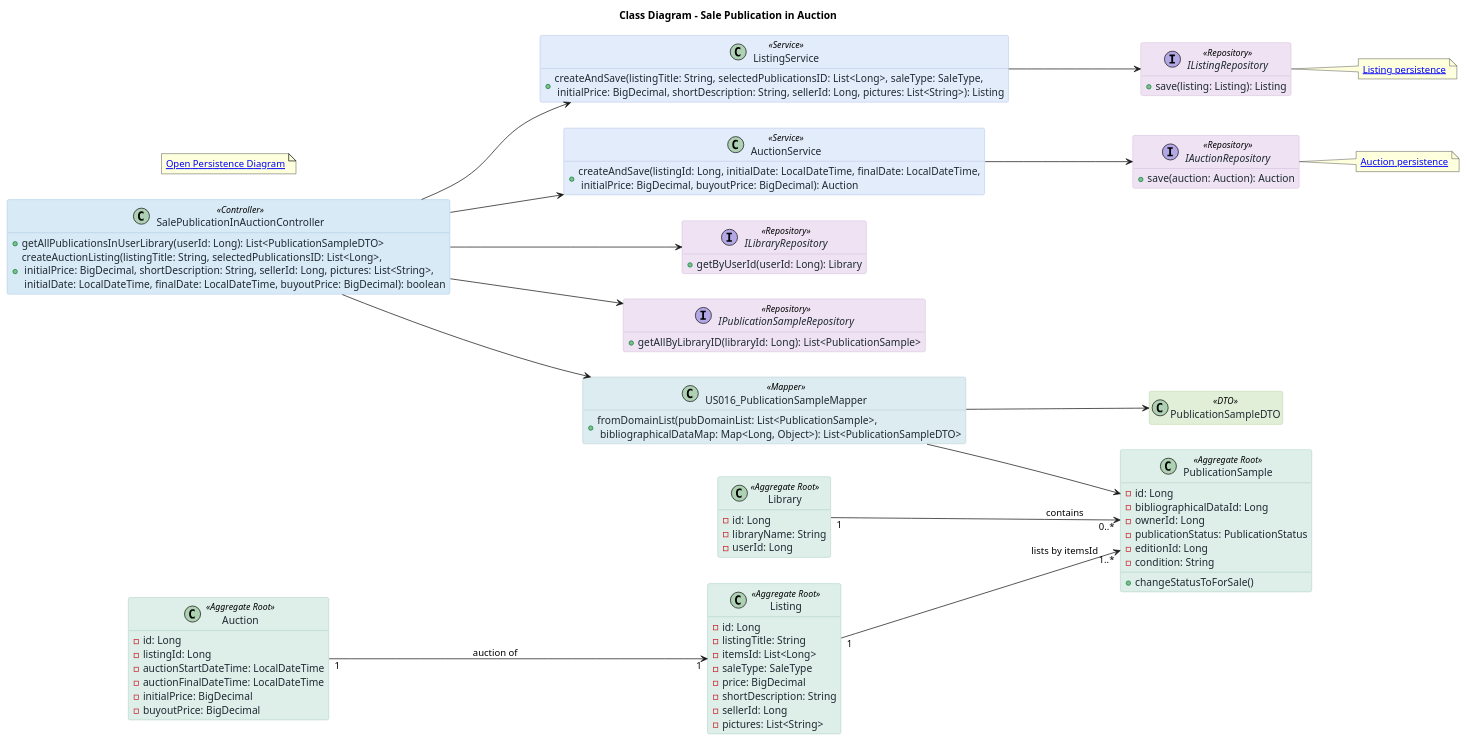
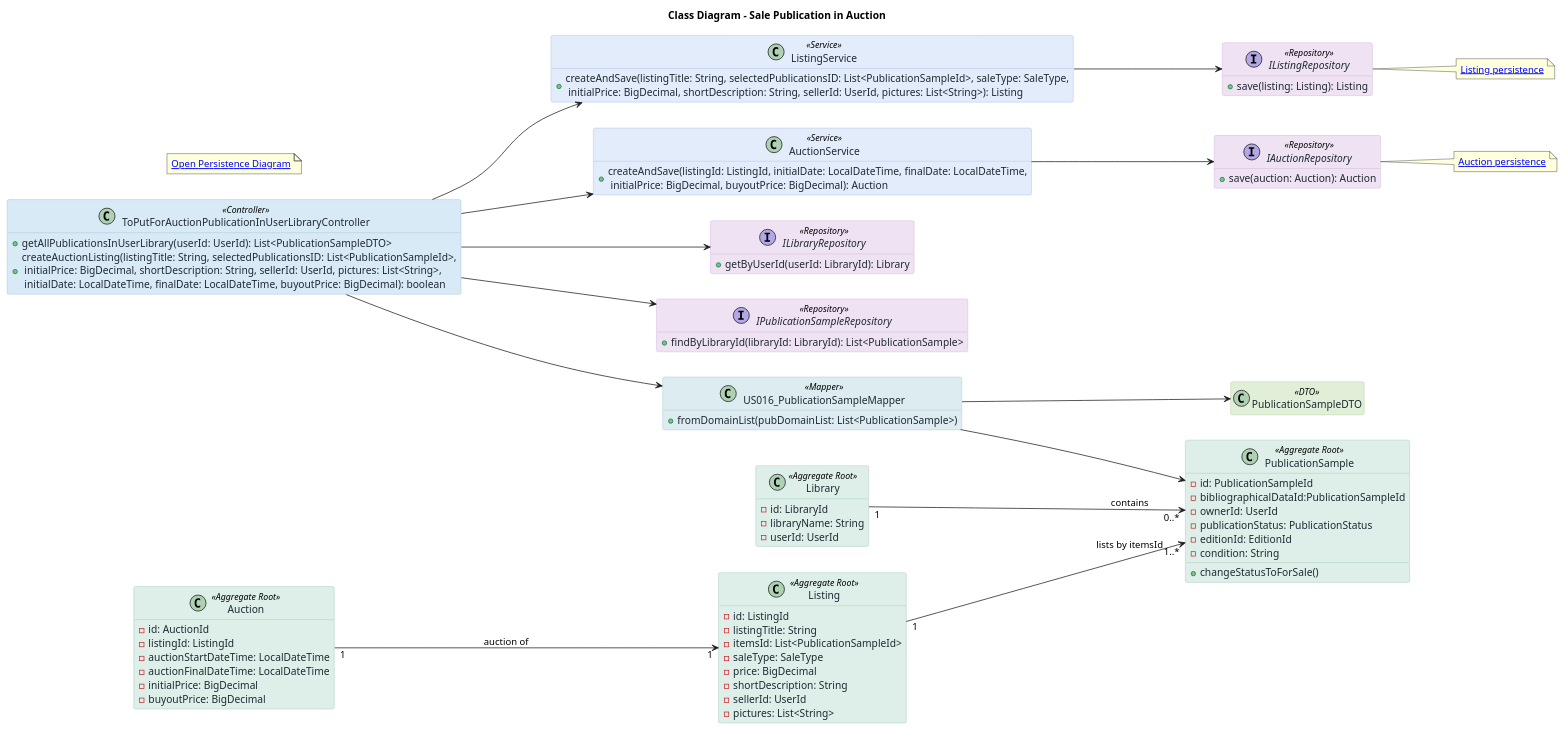
One commit to AndrePereiraGitH/SWitCH-Project-Team_A changed the diagram in Diagrams/ClassDiagrams/To-put-for-auction-publication-in-user-library/Main-Application-Domain.puml. Above: the diagram before and after it, drawn with PlantUML. The commit also changed 3 other files, not shown here.

```diff
--- a/Diagrams/ClassDiagrams/To-put-for-auction-publication-in-user-library/Main-Application-Domain.puml
+++ b/Diagrams/ClassDiagrams/To-put-for-auction-publication-in-user-library/Main-Application-Domain.puml
@@ -1,169 +1,169 @@
 @startuml
 title Class Diagram - Sale Publication in Auction
 
 left to right direction
 skinparam classAttributeIconSize 10
 hide empty members
 
 skinparam class {
   BackgroundColor<<Controller>> #D9EAF7
   BorderColor<<Controller>> #8FB6D6
   FontColor<<Controller>> #1F2933
   AttributeFontColor<<Controller>> #1F2933
   MethodFontColor<<Controller>> #1F2933
 
   BackgroundColor<<Service>> #E3ECFA
   BorderColor<<Service>> #9DB5DD
   FontColor<<Service>> #1F2933
   AttributeFontColor<<Service>> #1F2933
   MethodFontColor<<Service>> #1F2933
 
   BackgroundColor<<Aggregate Root>> #DDEFE8
   BorderColor<<Aggregate Root>> #94BFAE
   FontColor<<Aggregate Root>> #1F2933
   AttributeFontColor<<Aggregate Root>> #1F2933
   MethodFontColor<<Aggregate Root>> #1F2933
 
   BackgroundColor<<Repository>> #EFE3F3
   BorderColor<<Repository>> #C5A7CF
   FontColor<<Repository>> #1F2933
   AttributeFontColor<<Repository>> #1F2933
   MethodFontColor<<Repository>> #1F2933
 
   BackgroundColor<<JPA Repository>> #F3E8D9
   BorderColor<<JPA Repository>> #D2B48C
   FontColor<<JPA Repository>> #1F2933
   AttributeFontColor<<JPA Repository>> #1F2933
   MethodFontColor<<JPA Repository>> #1F2933
 
   BackgroundColor<<Assembler>> #E5E7EB
   BorderColor<<Assembler>> #B0B7C3
   FontColor<<Assembler>> #1F2933
   AttributeFontColor<<Assembler>> #1F2933
   MethodFontColor<<Assembler>> #1F2933
 
   BackgroundColor<<Factory>> #F5EFCB
   BorderColor<<Factory>> #D8C96A
   FontColor<<Factory>> #1F2933
   AttributeFontColor<<Factory>> #1F2933
   MethodFontColor<<Factory>> #1F2933
 
   BackgroundColor<<Data Model>> #E6E0F0
   BorderColor<<Data Model>> #B8A8D1
   FontColor<<Data Model>> #1F2933
   AttributeFontColor<<Data Model>> #1F2933
   MethodFontColor<<Data Model>> #1F2933
 
   BackgroundColor<<DTO>> #E1EFD8
   BorderColor<<DTO>> #A7C98E
   FontColor<<DTO>> #1F2933
   AttributeFontColor<<DTO>> #1F2933
   MethodFontColor<<DTO>> #1F2933
 
   BackgroundColor<<Mapper>> #DDECF0
   BorderColor<<Mapper>> #9FBFC8
   FontColor<<Mapper>> #1F2933
   AttributeFontColor<<Mapper>> #1F2933
   MethodFontColor<<Mapper>> #1F2933
 }
 
-class SalePublicationInAuctionController <<Controller>>{
-  +getAllPublicationsInUserLibrary(userId: Long): List<PublicationSampleDTO>
-  +createAuctionListing(listingTitle: String, selectedPublicationsID: List<Long>,\n initialPrice: BigDecimal, shortDescription: String, sellerId: Long, pictures: List<String>,\n initialDate: LocalDateTime, finalDate: LocalDateTime, buyoutPrice: BigDecimal): boolean
+class ToPutForAuctionPublicationInUserLibraryController <<Controller>>{
+  +getAllPublicationsInUserLibrary(userId: UserId): List<PublicationSampleDTO>
+  +createAuctionListing(listingTitle: String, selectedPublicationsID: List<PublicationSampleId>,\n initialPrice: BigDecimal, shortDescription: String, sellerId: UserId, pictures: List<String>,\n initialDate: LocalDateTime, finalDate: LocalDateTime, buyoutPrice: BigDecimal): boolean
 }
 
 class ListingService <<Service>> {
-  +createAndSave(listingTitle: String, selectedPublicationsID: List<Long>, saleType: SaleType,\n initialPrice: BigDecimal, shortDescription: String, sellerId: Long, pictures: List<String>): Listing
+  +createAndSave(listingTitle: String, selectedPublicationsID: List<PublicationSampleId>, saleType: SaleType,\n initialPrice: BigDecimal, shortDescription: String, sellerId: UserId, pictures: List<String>): Listing
 }
 
 class AuctionService <<Service>>{
-  +createAndSave(listingId: Long, initialDate: LocalDateTime, finalDate: LocalDateTime,\n initialPrice: BigDecimal, buyoutPrice: BigDecimal): Auction
+  +createAndSave(listingId: ListingId, initialDate: LocalDateTime, finalDate: LocalDateTime,\n initialPrice: BigDecimal, buyoutPrice: BigDecimal): Auction
 }
 
 class Library <<Aggregate Root>> {
-  -id: Long
+  -id: LibraryId
   -libraryName: String
-  -userId: Long
+  -userId: UserId
 }
 
 class PublicationSample <<Aggregate Root>> {
-  -id: Long
-  -bibliographicalDataId: Long
-  -ownerId: Long
+  -id: PublicationSampleId
+  -bibliographicalDataId:PublicationSampleId
+  -ownerId: UserId
   -publicationStatus: PublicationStatus
-  -editionId: Long
+  -editionId: EditionId
   -condition: String
   +changeStatusToForSale()
 }
 
 class Listing <<Aggregate Root>> {
-  -id: Long
+  -id: ListingId
   -listingTitle: String
-  -itemsId: List<Long>
+  -itemsId: List<PublicationSampleId>
   -saleType: SaleType
   -price: BigDecimal
   -shortDescription: String
-  -sellerId: Long
+  -sellerId: UserId
   -pictures: List<String>
 }
 
 class Auction <<Aggregate Root>> {
-  -id: Long
-  -listingId: Long
+  -id: AuctionId
+  -listingId: ListingId
   -auctionStartDateTime: LocalDateTime
   -auctionFinalDateTime: LocalDateTime
   -initialPrice: BigDecimal
   -buyoutPrice: BigDecimal
 }
 
 interface ILibraryRepository <<Repository>> {
-  +getByUserId(userId: Long): Library
+  +getByUserId(userId: LibraryId): Library
 }
 
 interface IPublicationSampleRepository <<Repository>>{
-  +getAllByLibraryID(libraryId: Long): List<PublicationSample>
+  +findByLibraryId(libraryId: LibraryId): List<PublicationSample>
 }
 
 interface IListingRepository <<Repository>>{
   +save(listing: Listing): Listing
 }
 
 interface IAuctionRepository <<Repository>>{
   +save(auction: Auction): Auction
 }
 
 class PublicationSampleDTO <<DTO>>
 
 class US016_PublicationSampleMapper <<Mapper>> {
-  +fromDomainList(pubDomainList: List<PublicationSample>,\n bibliographicalDataMap: Map<Long, Object>): List<PublicationSampleDTO>
+  +fromDomainList(pubDomainList: List<PublicationSample>)
 }
 
 note as PersistenceLink
 [[Persistence.puml Open Persistence Diagram]]
 end note
 
 note right of IListingRepository
 [[Persistence.puml Listing persistence]]
 end note
 
 note right of IAuctionRepository
 [[Persistence.puml Auction persistence]]
 end note
 
-SalePublicationInAuctionController --> ILibraryRepository
-SalePublicationInAuctionController --> IPublicationSampleRepository
-SalePublicationInAuctionController --> US016_PublicationSampleMapper
-SalePublicationInAuctionController --> ListingService
-SalePublicationInAuctionController --> AuctionService
+ToPutForAuctionPublicationInUserLibraryController --> ILibraryRepository
+ToPutForAuctionPublicationInUserLibraryController --> IPublicationSampleRepository
+ToPutForAuctionPublicationInUserLibraryController --> US016_PublicationSampleMapper
+ToPutForAuctionPublicationInUserLibraryController --> ListingService
+ToPutForAuctionPublicationInUserLibraryController --> AuctionService
 
 ListingService --> IListingRepository
 AuctionService --> IAuctionRepository
 
 Library "1" --> "0..*" PublicationSample : contains
 Listing "1" --> "1..*" PublicationSample : lists by itemsId
 Auction "1" --> "1" Listing : auction of
 
 US016_PublicationSampleMapper --> PublicationSample
 US016_PublicationSampleMapper --> PublicationSampleDTO
 
 @enduml
```
